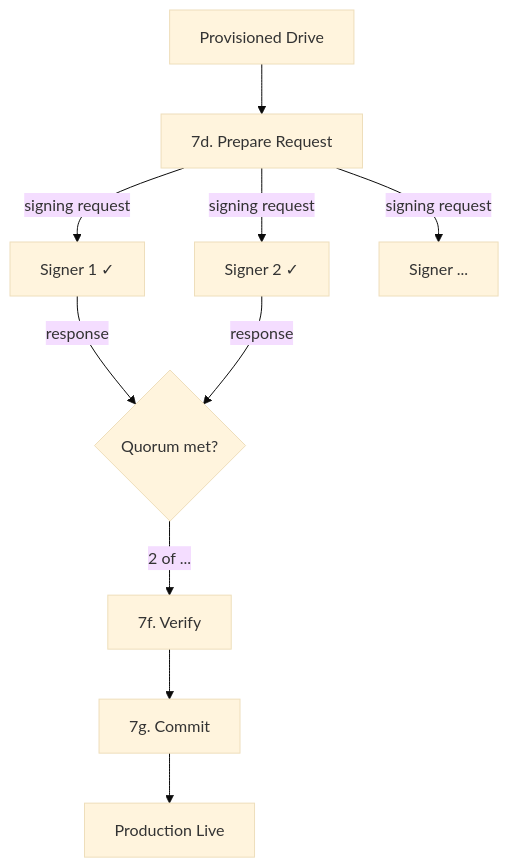
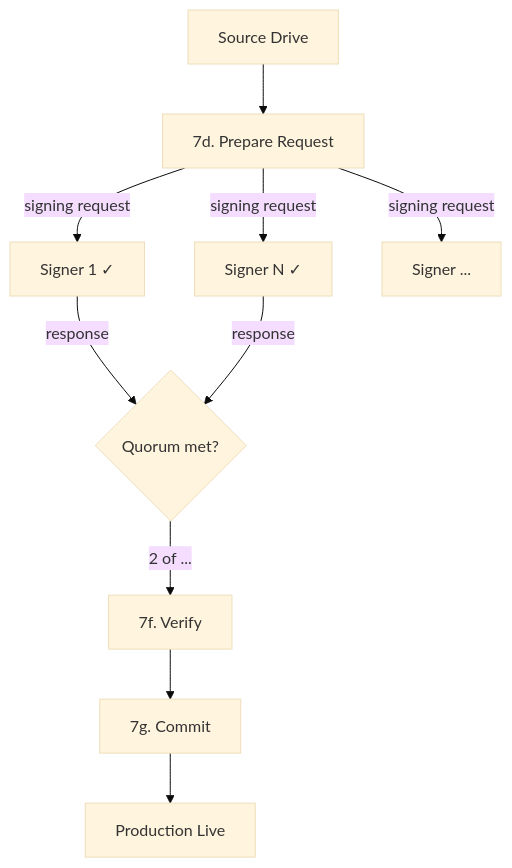
One commit to holepunchto/hello-pear-electron changed the eighth of 9 diagrams in README.md. Above: the diagram before and after it, drawn with Mermaid (base theme). The commit also changed other lines of this file, not shown here.

````diff
--- a/README.md
+++ b/README.md
@@ -735,12 +757,12 @@
 ```mermaid
 graph TD
-    Prov[Provisioned Drive] --> Req[7d. Prepare Request]
+    Prov[Source Drive] --> Req[7d. Prepare Request]
     Req -->|signing request| S1[Signer 1 ✓]
-    Req -->|signing request| S2[Signer 2 ✓]
+    Req -->|signing request| S2[Signer N ✓]
     Req -->|signing request| S3[Signer ...]
     S1 -->|response| Q{Quorum met?}
     S2 -->|response| Q
     Q -->|2 of ...| Ver[7f. Verify]
     Ver --> Com[7g. Commit]
     Com --> Live[Production Live]
 ```
````
